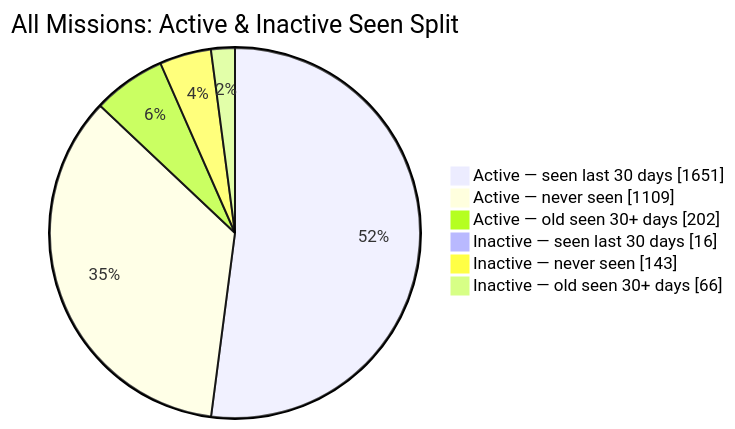
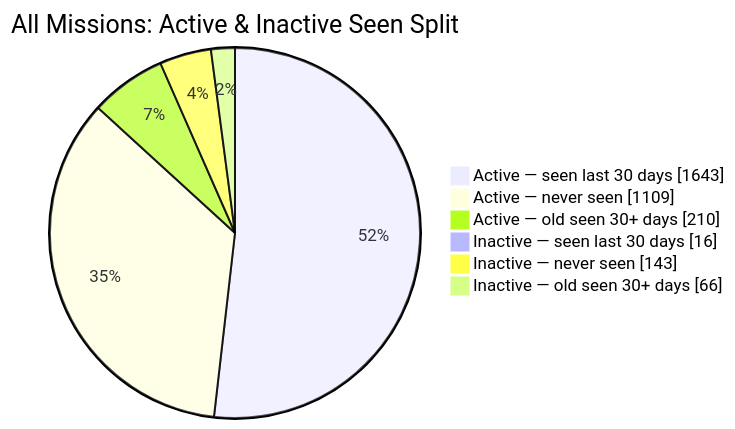
The second of 2 diagrams in README.md (MeldkamerspelGameTeam/active-missions), drawn with Mermaid before and after one commit. The commit also changed other lines of this file and 3 other files, not shown here.

````diff
--- a/README.md
+++ b/README.md
@@ -44,10 +44,10 @@
 ```mermaid
 pie showData
     title All Missions: Active & Inactive Seen Split
-    "Active — seen last 30 days" : 1651
+    "Active — seen last 30 days" : 1643
     "Active — never seen" : 1109
-    "Active — old seen 30+ days" : 202
+    "Active — old seen 30+ days" : 210
     "Inactive — seen last 30 days" : 16
     "Inactive — never seen" : 143
     "Inactive — old seen 30+ days" : 66
 ```
````
